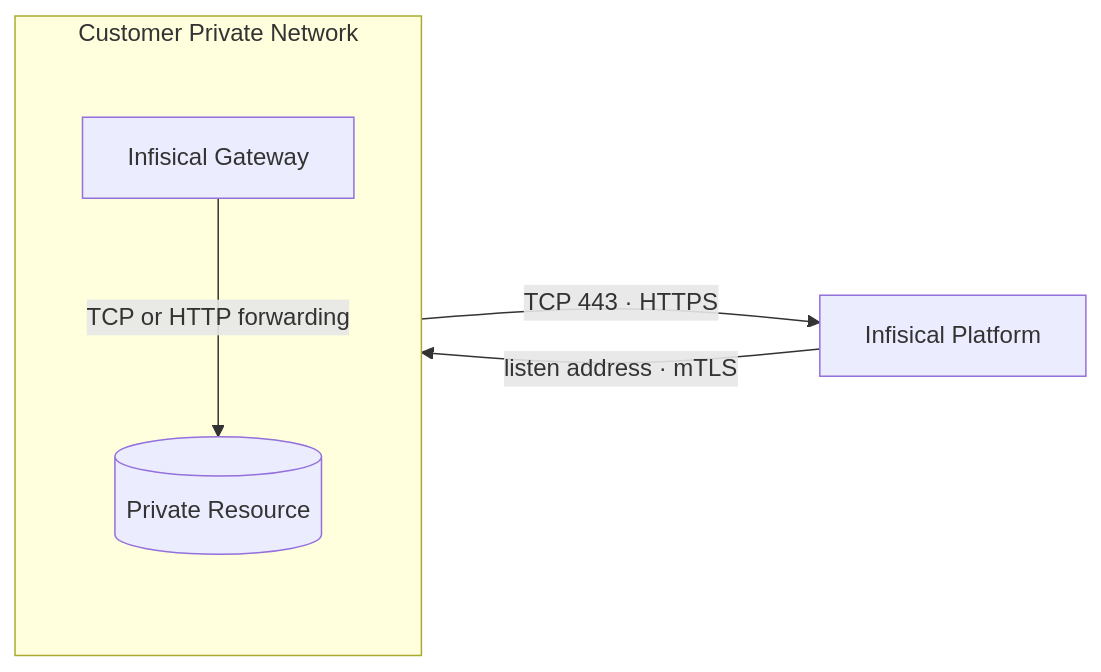
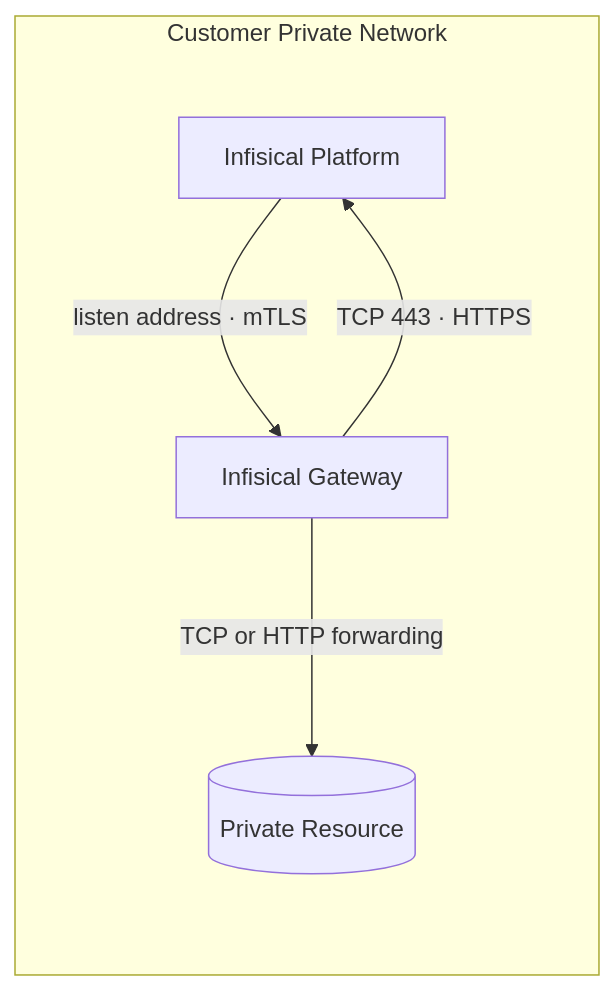
The second of 2 diagrams in docs/documentation/platform/gateways/network-architecture.mdx (Infisical/infisical), drawn with Mermaid before and after one commit. The commit also changed other lines of this file and 7 other files, not shown here.

First line of the commit message:
docs(gateways): address review feedback on the direct listen docs

````diff
--- a/docs/documentation/platform/gateways/network-architecture.mdx
+++ b/docs/documentation/platform/gateways/network-architecture.mdx
@@ -57,13 +49,13 @@
 ```mermaid
 %%{init: {'flowchart': {'nodeSpacing': 70, 'rankSpacing': 110, 'curve': 'basis'}}}%%
 flowchart LR
   subgraph customer["Customer Private Network"]
     direction TB
+    PLAT["Infisical Platform"]
     GW["Infisical Gateway"]
     RES[("Private Resource")]
+    PLAT -->|"listen address · mTLS"| GW
+    GW -->|"TCP 443 · HTTPS"| PLAT
     GW -->|"TCP or HTTP forwarding"| RES
   end
-  PLAT["Infisical Platform"]
-  GW -->|"TCP 443 · HTTPS"| PLAT
-  PLAT -->|"listen address · mTLS"| GW
 ```
````
